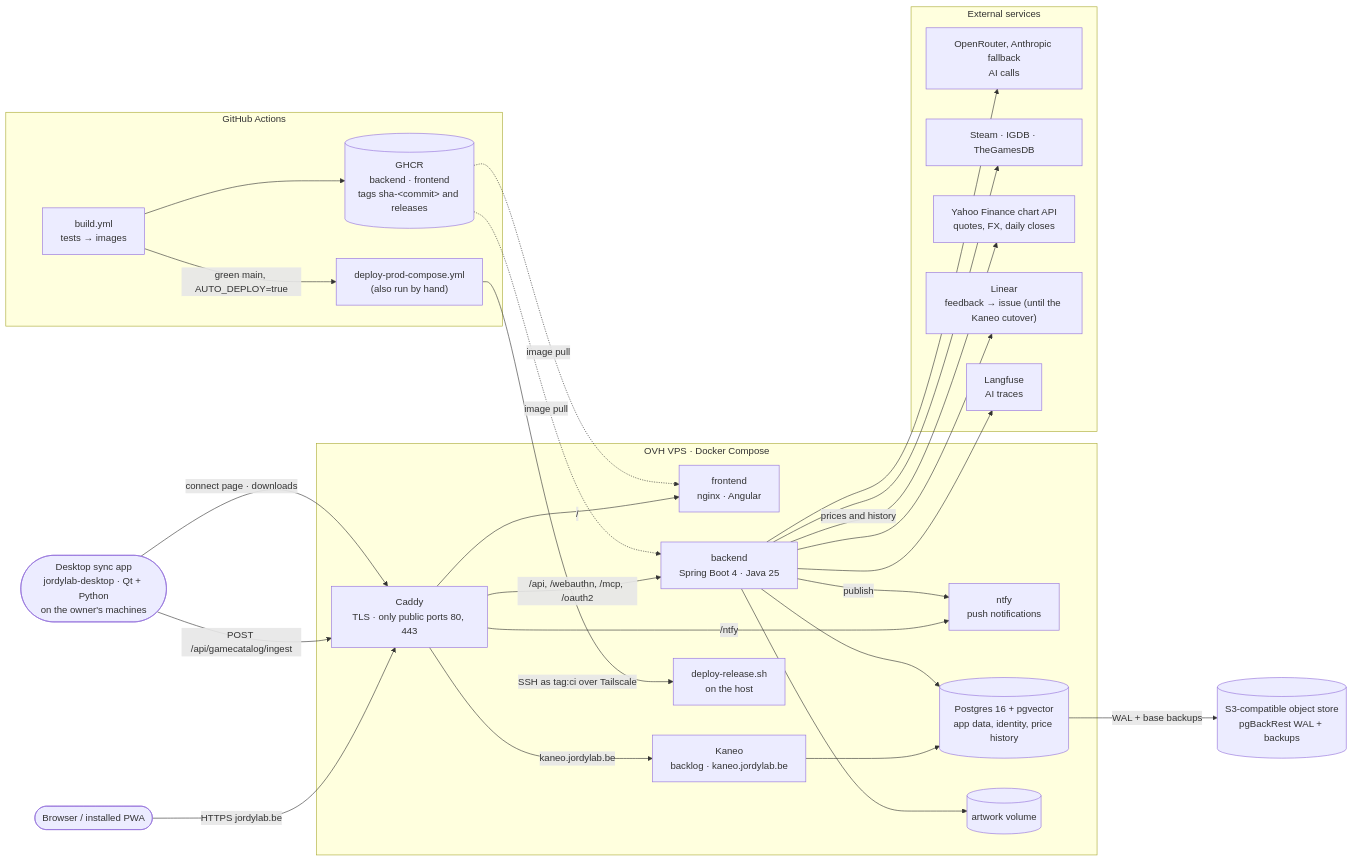
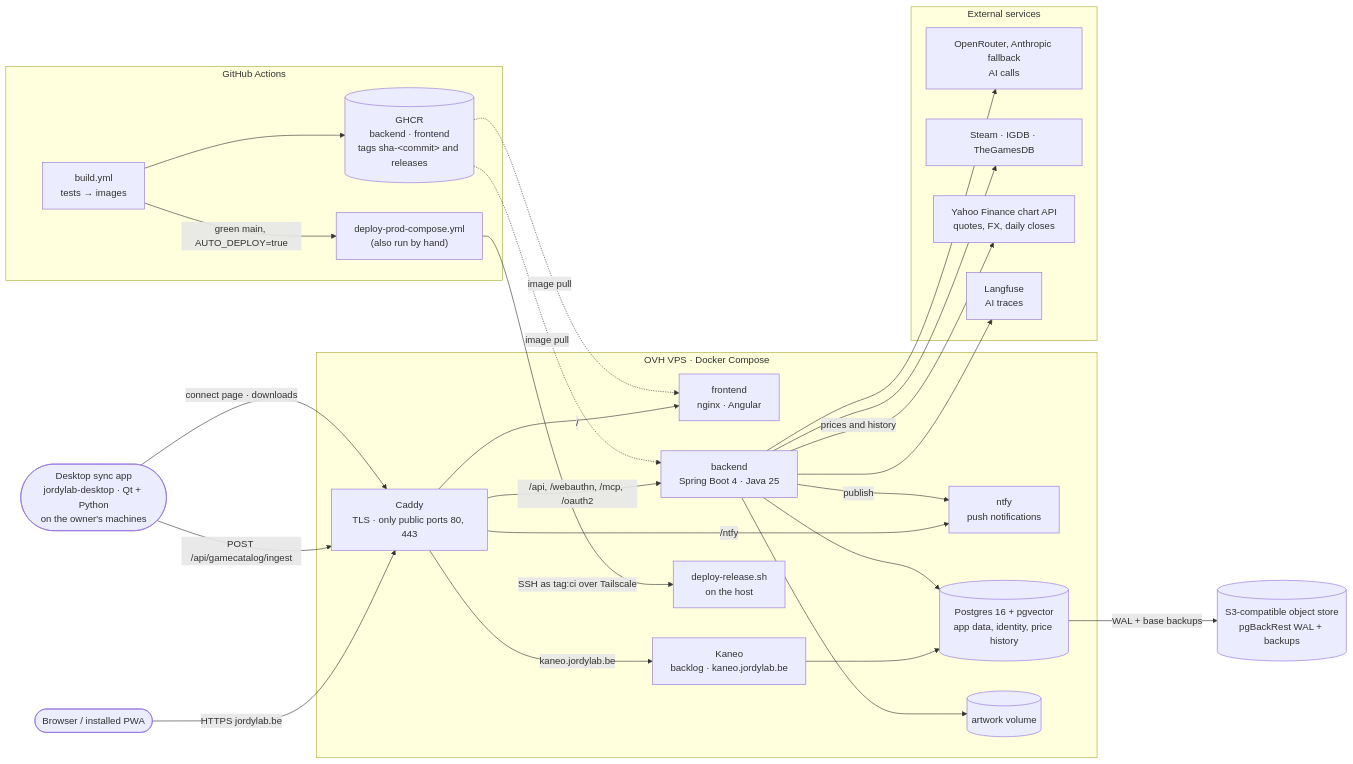
The diagram in README.md (jordy-swinnen/JordyLab), drawn with Mermaid before and after one commit. The commit also changed 4 other files, not shown here.

````diff
--- a/README.md
+++ b/README.md
@@ -24,52 +24,50 @@
 ```mermaid
 flowchart LR
     user(["Browser / installed PWA"])
     desktop(["Desktop sync app<br/>jordylab-desktop · Qt + Python<br/>on the owner's machines"])
 
     subgraph gh["GitHub Actions"]
         build["build.yml<br/>tests → images"] --> ghcr[("GHCR<br/>backend · frontend<br/>tags sha-&lt;commit&gt; and releases")]
         build -- "green main, AUTO_DEPLOY=true" --> deploy["deploy-prod-compose.yml<br/>(also run by hand)"]
     end
 
     subgraph vps["OVH VPS · Docker Compose"]
         caddy["Caddy<br/>TLS · only public ports 80, 443"]
         fe["frontend<br/>nginx · Angular"]
         be["backend<br/>Spring Boot 4 · Java 25"]
         kaneo["Kaneo<br/>backlog · kaneo.jordylab.be"]
         ntfy["ntfy<br/>push notifications"]
         pg[("Postgres 16 + pgvector<br/>app data, identity, price history")]
         art[("artwork volume")]
         host["deploy-release.sh<br/>on the host"]
     end
 
     s3[("S3-compatible object store<br/>pgBackRest WAL + backups")]
 
     subgraph ext["External services"]
         ai["OpenRouter, Anthropic fallback<br/>AI calls"]
         games["Steam · IGDB · TheGamesDB"]
         yahoo["Yahoo Finance chart API<br/>quotes, FX, daily closes"]
-        linear["Linear<br/>feedback → issue (until the Kaneo cutover)"]
         lf["Langfuse<br/>AI traces"]
     end
 
     user -- "HTTPS jordylab.be" --> caddy
     desktop -- "POST /api/gamecatalog/ingest" --> caddy
     desktop -- "connect page · downloads" --> caddy
     caddy -- "/" --> fe
     caddy -- "/api, /webauthn, /mcp, /oauth2" --> be
     caddy -- "/ntfy" --> ntfy
     caddy -- "kaneo.jordylab.be" --> kaneo
     kaneo --> pg
     be --> pg
     be --> art
     be -- "publish" --> ntfy
     be --> ai
     be --> games
     be -- "prices and history" --> yahoo
-    be --> linear
     be --> lf
     pg -- "WAL + base backups" --> s3
     deploy -- "SSH as tag:ci over Tailscale" --> host
     ghcr -. "image pull" .-> fe
     ghcr -. "image pull" .-> be
 ```
````
